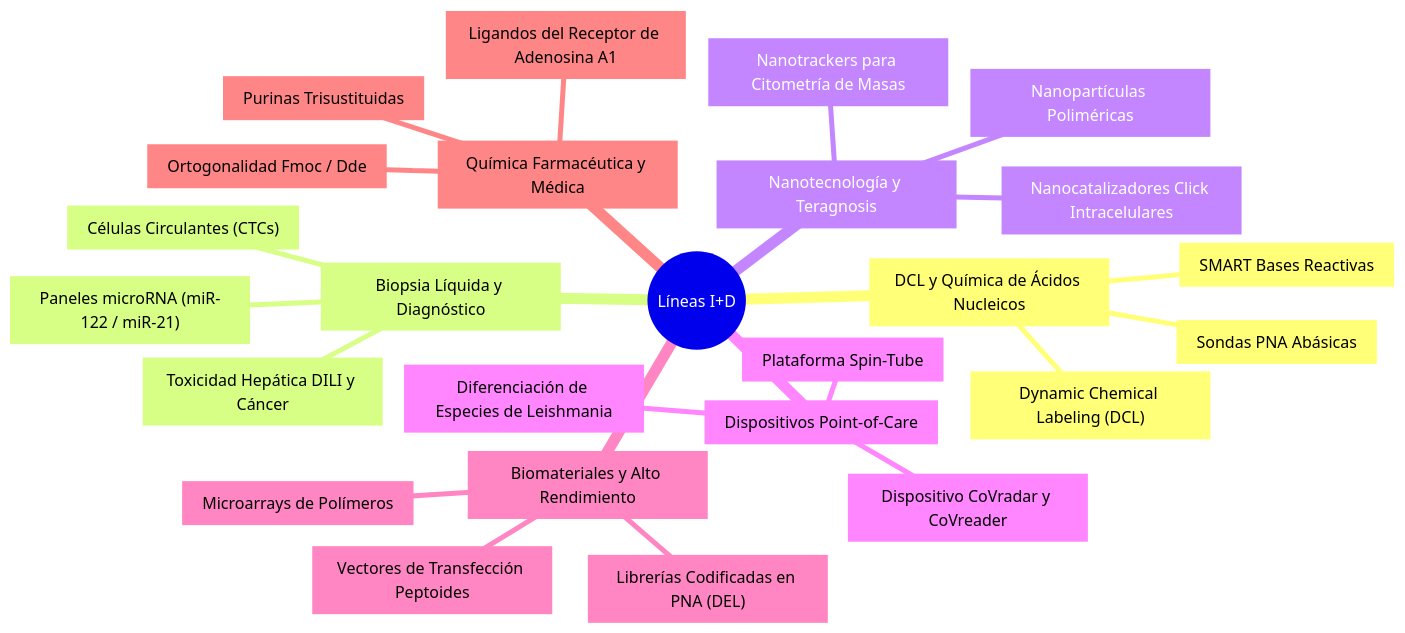
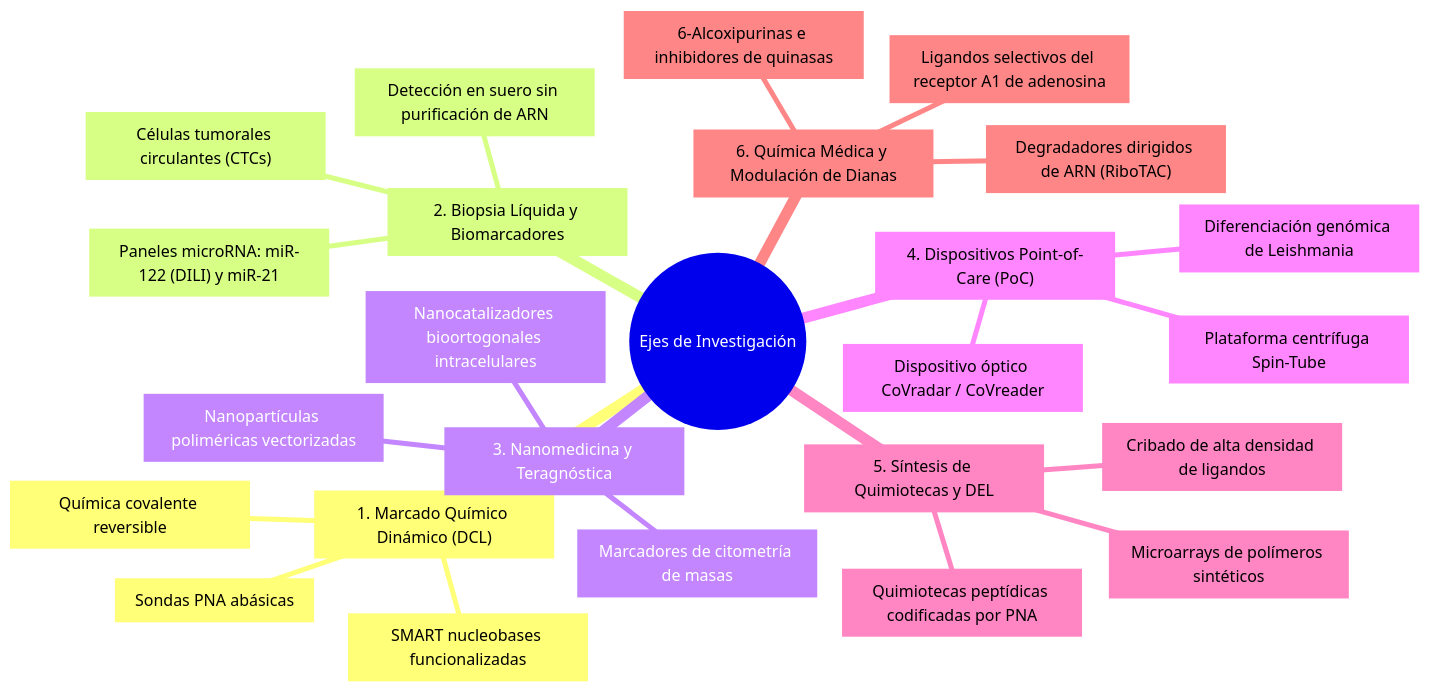
Before and after one commit to jjdmochon/Catedra-UGR-31-7-2026: the diagram in wiki/profile/Research_Overview.md, drawn with Mermaid. The commit also changed other lines of this file and 35 other files, not shown here.

````diff
--- a/wiki/profile/Research_Overview.md
+++ b/wiki/profile/Research_Overview.md
@@ -19,28 +19,28 @@
 ```mermaid
 mindmap
-  root((Líneas I+D))
-    id1["DCL y Química de Ácidos Nucleicos"]
-      ["Dynamic Chemical Labeling (DCL)"]
-      ["Sondas PNA Abásicas"]
-      ["SMART Bases Reactivas"]
-    id2["Biopsia Líquida y Diagnóstico"]
-      ["Paneles microRNA (miR-122 / miR-21)"]
-      ["Células Circulantes (CTCs)"]
-      ["Toxicidad Hepática DILI y Cáncer"]
-    id3["Nanotecnología y Teragnosis"]
-      ["Nanopartículas Poliméricas"]
-      ["Nanocatalizadores Click Intracelulares"]
-      ["Nanotrackers para Citometría de Masas"]
-    id4["Dispositivos Point-of-Care"]
-      ["Plataforma Spin-Tube"]
-      ["Dispositivo CoVradar y CoVreader"]
-      ["Diferenciación de Especies de Leishmania"]
-    id5["Biomateriales y Alto Rendimiento"]
-      ["Microarrays de Polímeros"]
-      ["Librerías Codificadas en PNA (DEL)"]
-      ["Vectores de Transfección Peptoides"]
-    id6["Química Farmacéutica y Médica"]
-      ["Purinas Trisustituidas"]
-      ["Ligandos del Receptor de Adenosina A1"]
-      ["Ortogonalidad Fmoc / Dde"]
+  root((Ejes de Investigación))
+    id1["1. Marcado Químico Dinámico (DCL)"]
+      ["Química covalente reversible"]
+      ["Sondas PNA abásicas"]
+      ["SMART nucleobases funcionalizadas"]
+    id2["2. Biopsia Líquida y Biomarcadores"]
+      ["Paneles microRNA: miR-122 (DILI) y miR-21"]
+      ["Células tumorales circulantes (CTCs)"]
+      ["Detección en suero sin purificación de ARN"]
+    id3["3. Nanomedicina y Teragnóstica"]
+      ["Nanopartículas poliméricas vectorizadas"]
+      ["Nanocatalizadores bioortogonales intracelulares"]
+      ["Marcadores de citometría de masas"]
+    id4["4. Dispositivos Point-of-Care (PoC)"]
+      ["Plataforma centrífuga Spin-Tube"]
+      ["Dispositivo óptico CoVradar / CoVreader"]
+      ["Diferenciación genómica de Leishmania"]
+    id5["5. Síntesis de Quimiotecas y DEL"]
+      ["Microarrays de polímeros sintéticos"]
+      ["Quimiotecas peptídicas codificadas por PNA"]
+      ["Cribado de alta densidad de ligandos"]
+    id6["6. Química Médica y Modulación de Dianas"]
+      ["6-Alcoxipurinas e inhibidores de quinasas"]
+      ["Ligandos selectivos del receptor A1 de adenosina"]
+      ["Degradadores dirigidos de ARN (RiboTAC)"]
 ```
````
